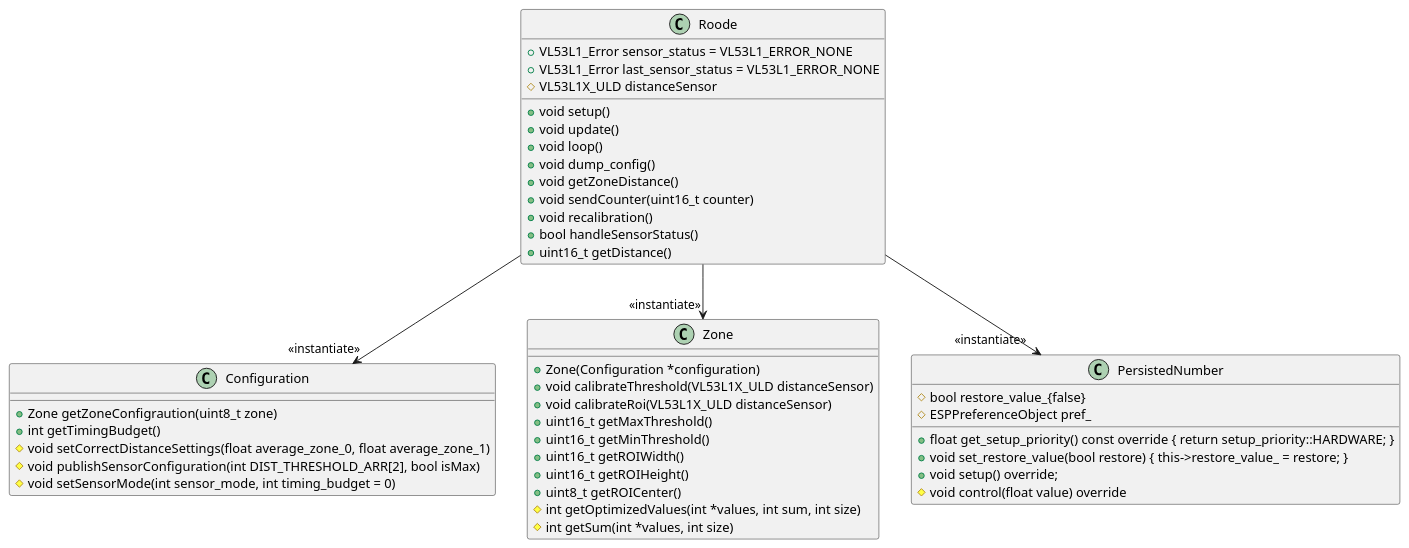
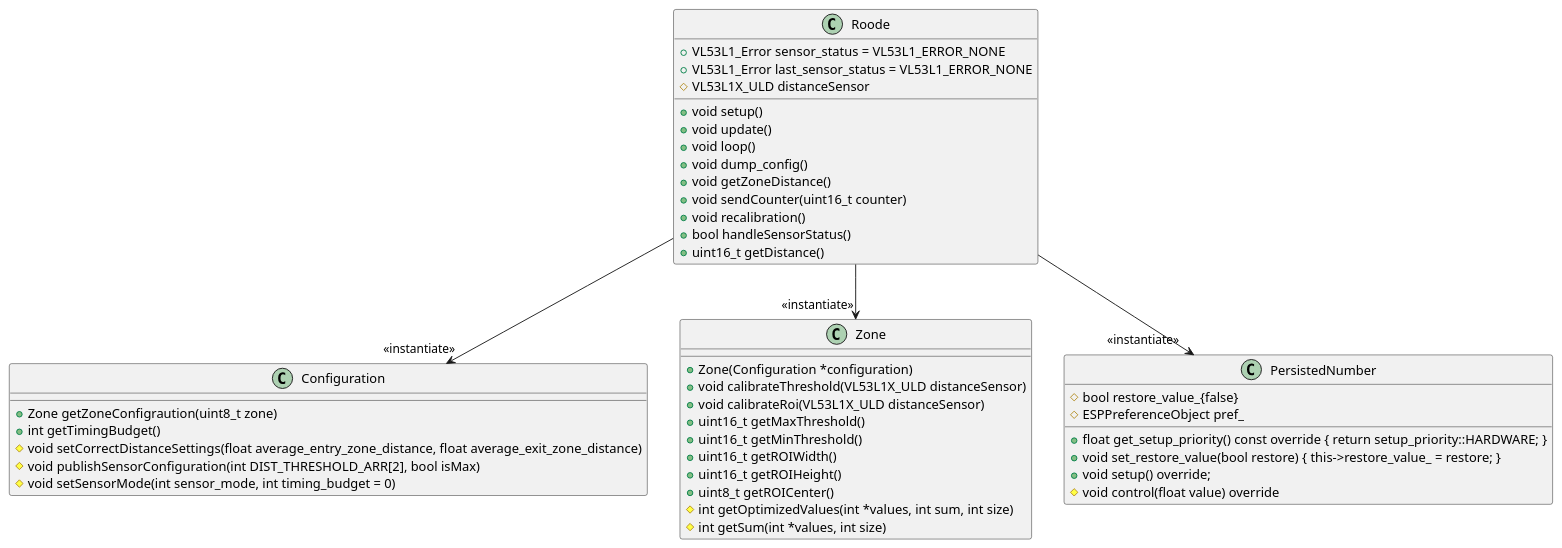
The diagram in Documents/diagram.puml (Lyr3x/Roode), drawn with PlantUML before and after one commit. The commit also changed 6 other files, not shown here.

```diff
--- a/Documents/diagram.puml
+++ b/Documents/diagram.puml
@@ -1,51 +1,51 @@
 @startuml
 class Roode {
     + void setup()
     + void update()
     + void loop()
     + void dump_config()
     + void getZoneDistance()
     + void sendCounter(uint16_t counter)
     + void recalibration()
     + bool handleSensorStatus()
     + uint16_t getDistance()
     + VL53L1_Error sensor_status = VL53L1_ERROR_NONE
     + VL53L1_Error last_sensor_status = VL53L1_ERROR_NONE
     # VL53L1X_ULD distanceSensor
 }
 
 class Configuration {
     + Zone getZoneConfigraution(uint8_t zone)
     + int getTimingBudget()
-    # void setCorrectDistanceSettings(float average_zone_0, float average_zone_1)
+    # void setCorrectDistanceSettings(float average_entry_zone_distance, float average_exit_zone_distance)
     # void publishSensorConfiguration(int DIST_THRESHOLD_ARR[2], bool isMax)
     # void setSensorMode(int sensor_mode, int timing_budget = 0)
 }
 
 class Zone {
     + Zone(Configuration *configuration)
     + void calibrateThreshold(VL53L1X_ULD distanceSensor)
     + void calibrateRoi(VL53L1X_ULD distanceSensor)
     + uint16_t getMaxThreshold()
     + uint16_t getMinThreshold()
     + uint16_t getROIWidth()
     + uint16_t getROIHeight()
     + uint8_t getROICenter()
     # int getOptimizedValues(int *values, int sum, int size)
     # int getSum(int *values, int size)
 }
 
 class PersistedNumber {
     + float get_setup_priority() const override { return setup_priority::HARDWARE; }
     + void set_restore_value(bool restore) { this->restore_value_ = restore; }
     + void setup() override;
     # void control(float value) override
     # bool restore_value_{false}
     # ESPPreferenceObject pref_
 }
 
 Roode --> "<<instantiate>>" Configuration
 Roode --> "<<instantiate>>" Zone
 Roode --> "<<instantiate>>" PersistedNumber
 
 @enduml
```
